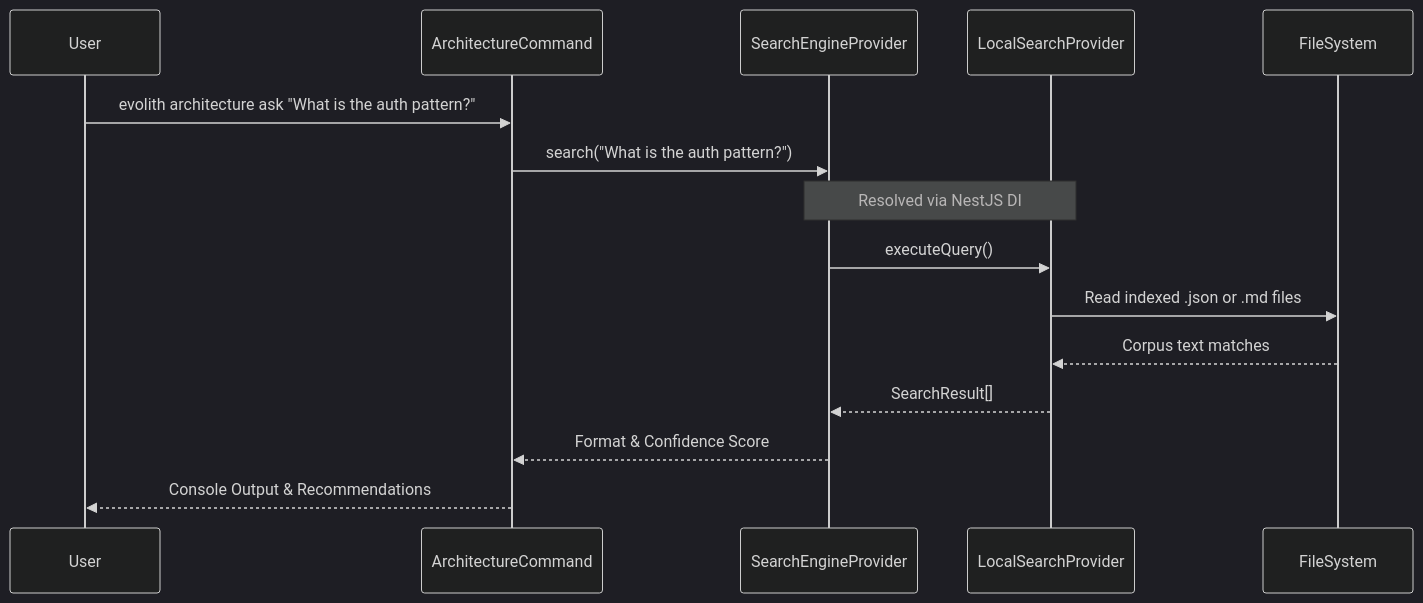
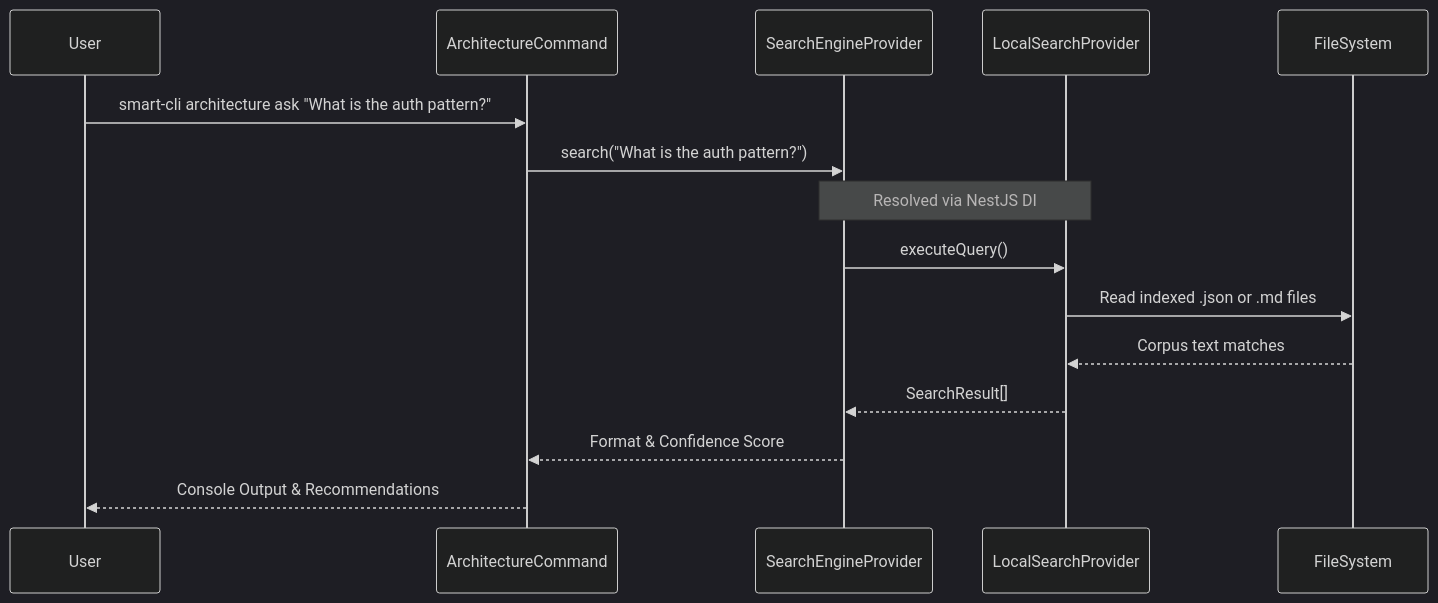
One commit to beyondnetcode/evolith_arch32 changed the second of 3 diagrams in reference/architecture/evolith-sdk/technical-design.md. Above: the diagram before and after it, drawn with Mermaid (dark theme). The commit also changed other lines of this file and 13 other files, not shown here.

First line of the commit message:
refactor: update all CLI references from evolith to smart-cli

````diff
--- a/reference/architecture/evolith-sdk/technical-design.md
+++ b/reference/architecture/evolith-sdk/technical-design.md
@@ -31,18 +31,18 @@
 ```mermaid
 sequenceDiagram
     participant User
     participant ArchitectureCommand
     participant SearchEngineProvider
     participant LocalSearchProvider
     participant FileSystem
 
-    User->>ArchitectureCommand: evolith architecture ask "What is the auth pattern?"
+    User->>ArchitectureCommand: smart-cli architecture ask "What is the auth pattern?"
     ArchitectureCommand->>SearchEngineProvider: search("What is the auth pattern?")
     Note over SearchEngineProvider,LocalSearchProvider: Resolved via NestJS DI
     SearchEngineProvider->>LocalSearchProvider: executeQuery()
     LocalSearchProvider->>FileSystem: Read indexed .json or .md files
     FileSystem-->>LocalSearchProvider: Corpus text matches
     LocalSearchProvider-->>SearchEngineProvider: SearchResult[]
     SearchEngineProvider-->>ArchitectureCommand: Format & Confidence Score
     ArchitectureCommand-->>User: Console Output & Recommendations
 ```
````
